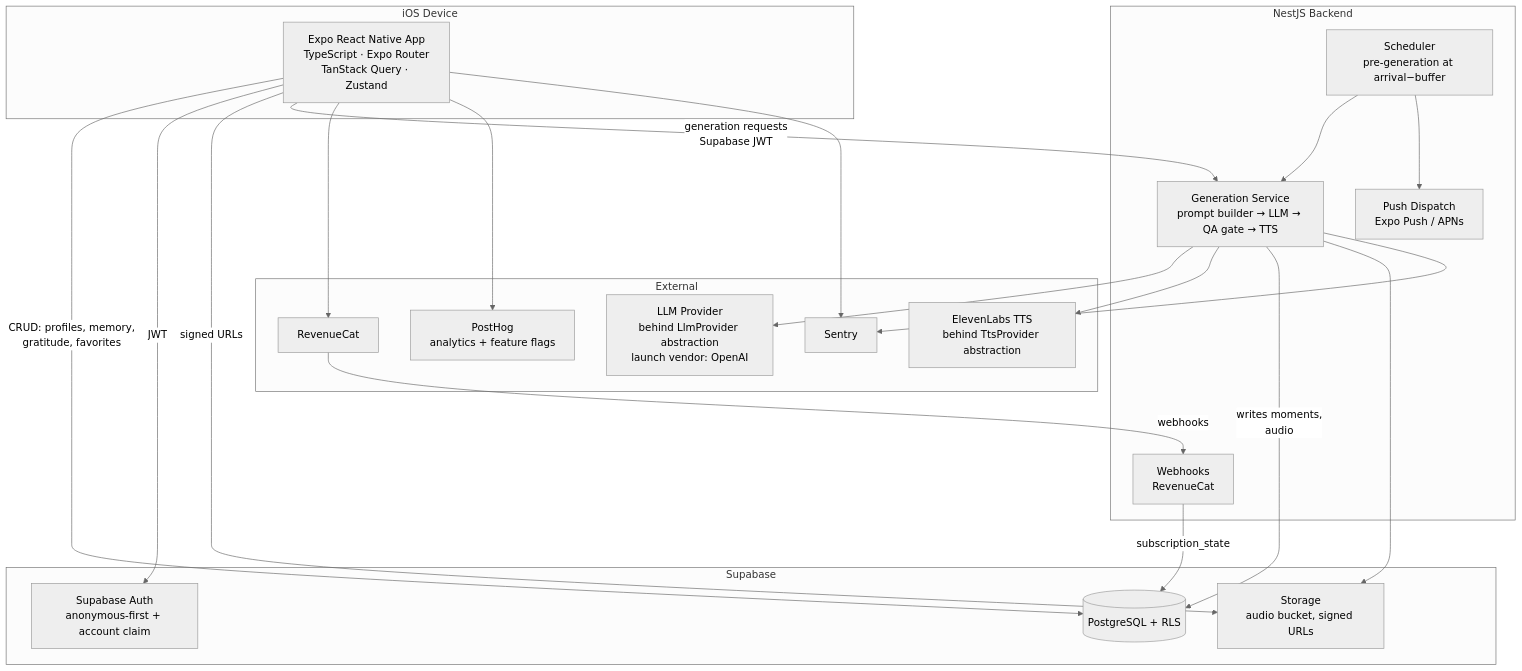
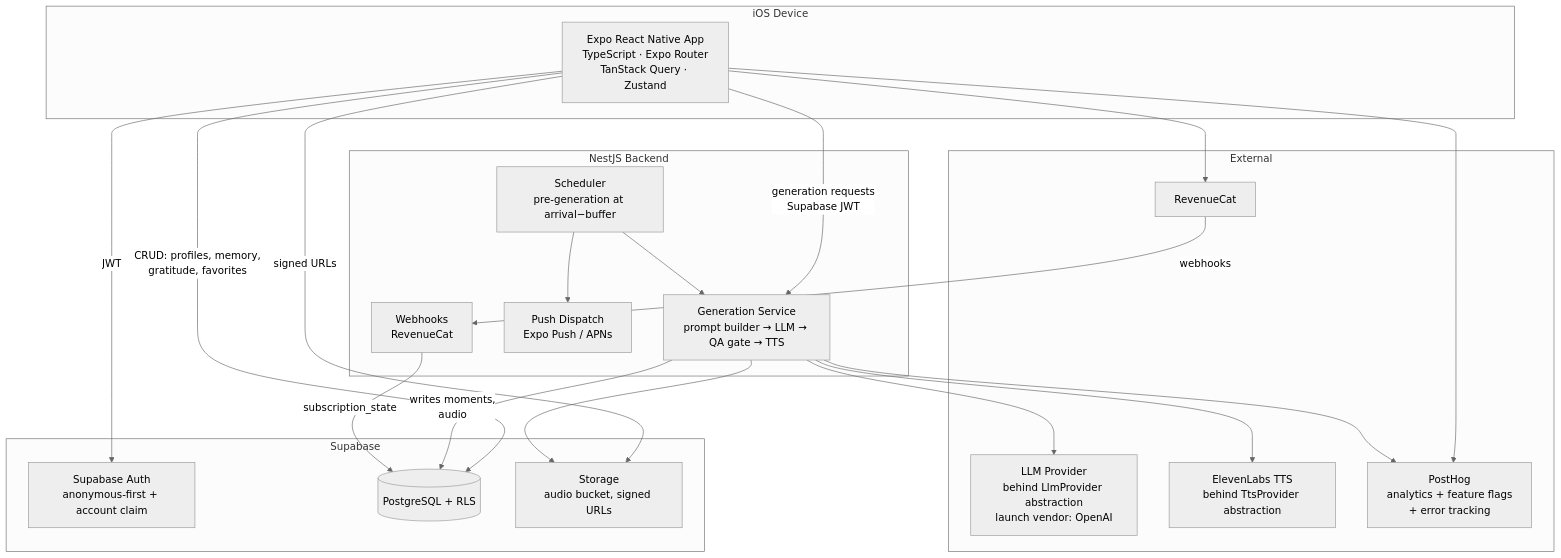
Before and after one commit to ebdharmikbhesaniya/eb-aura-manifest-daily: the diagram in docs/technical/00-TECHNICAL-ARCHITECTURE.md, drawn with Mermaid (neutral theme). The commit also changed other lines of this file and 14 other files, not shown here.

First line of the commit message:
docs: replace Sentry with PostHog Error Tracking across docs

````diff
--- a/docs/technical/00-TECHNICAL-ARCHITECTURE.md
+++ b/docs/technical/00-TECHNICAL-ARCHITECTURE.md
@@ -11,44 +11,42 @@
 ```mermaid
 graph TB
     subgraph iOS Device
         APP[Expo React Native App<br/>TypeScript · Expo Router<br/>TanStack Query · Zustand]
     end
 
     subgraph Supabase
         AUTH[Supabase Auth<br/>anonymous-first + account claim]
         DB[(PostgreSQL + RLS)]
         STORE[Storage<br/>audio bucket, signed URLs]
     end
 
     subgraph NestJS Backend
         GEN[Generation Service<br/>prompt builder → LLM → QA gate → TTS]
         CRON[Scheduler<br/>pre-generation at arrival−buffer]
         PUSH[Push Dispatch<br/>Expo Push / APNs]
         HOOKS[Webhooks<br/>RevenueCat]
     end
 
     subgraph External
         LLM[LLM Provider<br/>behind LlmProvider abstraction<br/>launch vendor: OpenAI]
         TTS[ElevenLabs TTS<br/>behind TtsProvider abstraction]
         RC[RevenueCat]
-        PH[PostHog<br/>analytics + feature flags]
-        SENTRY[Sentry]
+        PH[PostHog<br/>analytics + feature flags<br/>+ error tracking]
     end
 
     APP -->|CRUD: profiles, memory,<br/>gratitude, favorites| DB
     APP -->|JWT| AUTH
     APP -->|signed URLs| STORE
     APP -->|generation requests<br/>Supabase JWT| GEN
     APP --> RC
     APP --> PH
-    APP --> SENTRY
     GEN --> LLM
     GEN --> TTS
     GEN -->|writes moments,<br/>audio| DB
     GEN --> STORE
     CRON --> GEN
     CRON --> PUSH
     RC -->|webhooks| HOOKS
     HOOKS -->|subscription_state| DB
-    GEN --> SENTRY
+    GEN --> PH
 ```
````
